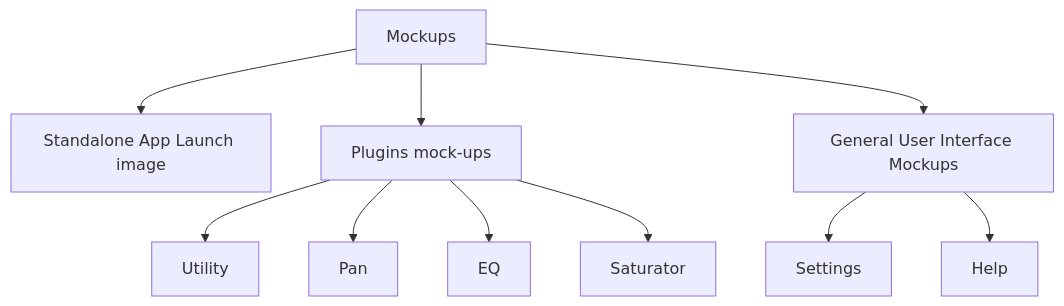
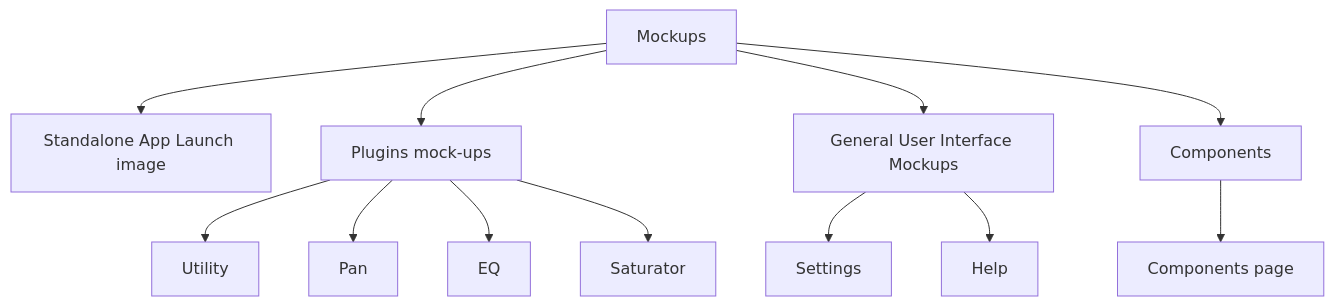
The second of 3 diagrams in docs/MOCKUPS.md (shahzebqazi/vst-ui), drawn with Mermaid before and after one commit. The commit also changed other lines of this file and 4 other files, not shown here.

First line of the commit message:
mockups: Components under Plugins — 200×200 windows + wireframes

````diff
--- a/docs/MOCKUPS.md
+++ b/docs/MOCKUPS.md
@@ -16,22 +16,26 @@
 ```mermaid
 flowchart TB
   mockups[Mockups]
   launch[Standalone App Launch image]
   plugins[Plugins mock-ups]
   u[Utility]
   pan[Pan]
   eq[EQ]
   sat[Saturator]
   gui[General User Interface Mockups]
   settings[Settings]
   help[Help]
   mockups --> launch
   mockups --> plugins
   plugins --> u
   plugins --> pan
   plugins --> eq
   plugins --> sat
   mockups --> gui
   gui --> settings
   gui --> help
+  comp[Components]
+  cm[Components page]
+  mockups --> comp
+  comp --> cm
 ```
````
